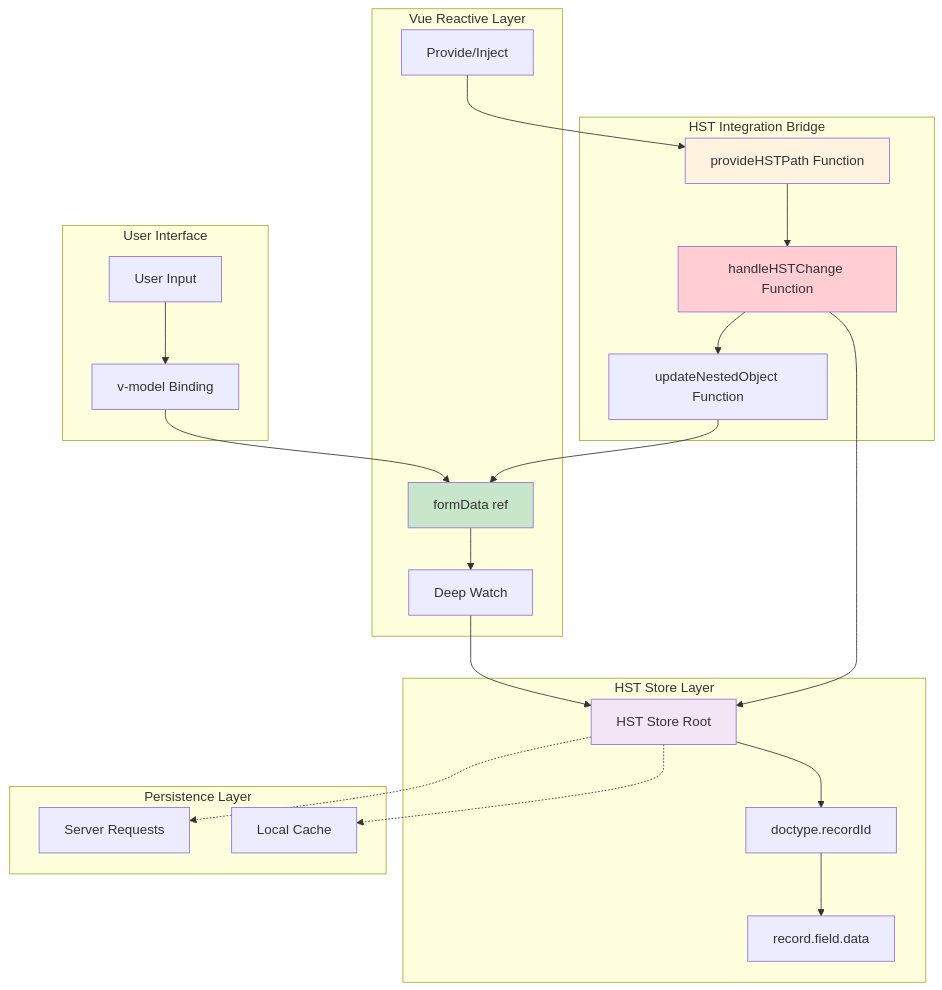
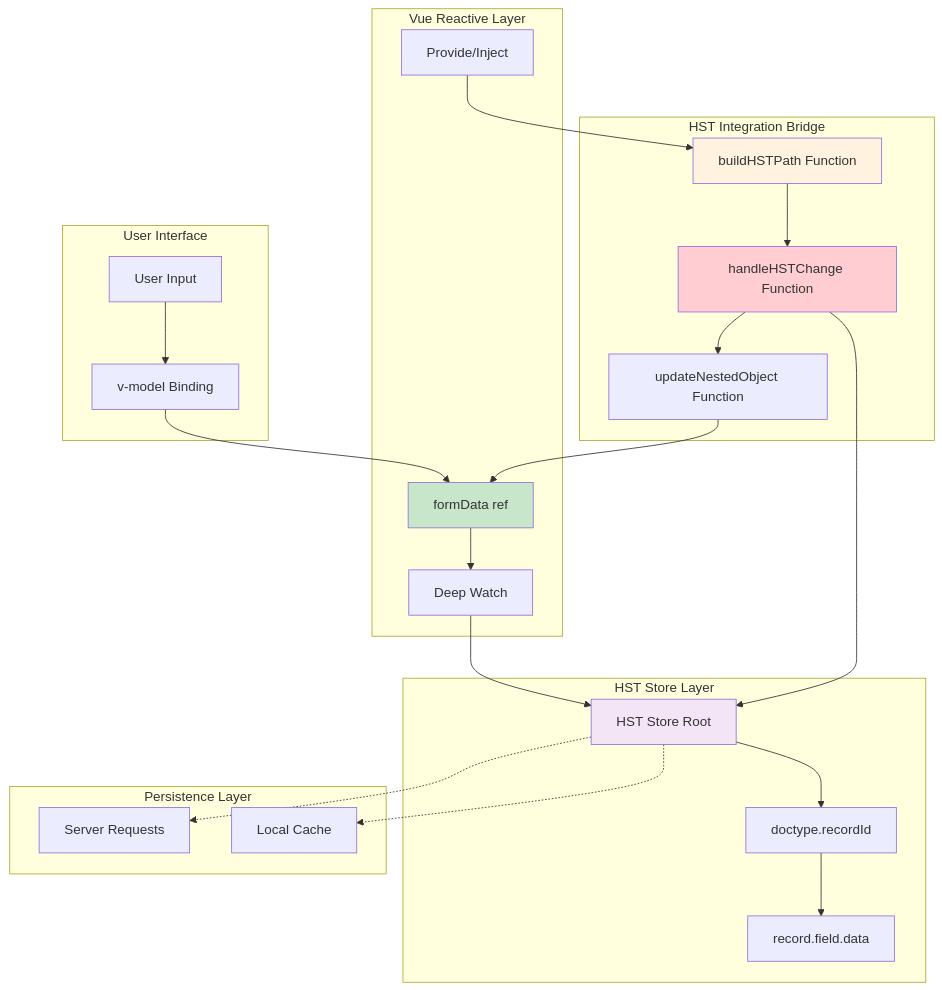
The sixth of 6 diagrams in stonecrop/docs/hst/architecture.md (agritheory/stonecrop), drawn with Mermaid before and after one commit. The commit also changed other lines of this file and 21 other files, not shown here.

````diff
--- a/stonecrop/docs/hst/architecture.md
+++ b/stonecrop/docs/hst/architecture.md
@@ -238,53 +238,53 @@
 ```mermaid
 graph TB
     subgraph "User Interface"
         UI[User Input]
         VB[v-model Binding]
     end
 
     subgraph "Vue Reactive Layer"
         FD[formData ref]
         WA[Deep Watch]
         PR[Provide/Inject]
     end
 
     subgraph "HST Integration Bridge"
-        PHF[provideHSTPath Function]
+        BPF[buildHSTPath Function]
         HCF[handleHSTChange Function]
         UNF[updateNestedObject Function]
     end
 
     subgraph "HST Store Layer"
         HST[HST Store Root]
         DT_REC[doctype.recordId]
         REC_DATA[record.field.data]
     end
 
     subgraph "Persistence Layer"
         SR[Server Requests]
         LC[Local Cache]
     end
 
     UI --> VB
     VB --> FD
     FD --> WA
 
     WA --> HST
-    PR --> PHF
-    PHF --> HCF
+    PR --> BPF
+    BPF --> HCF
     HCF --> UNF
 
     UNF --> FD
     HCF --> HST
 
     HST --> DT_REC
     DT_REC --> REC_DATA
 
     HST -.-> SR
     HST -.-> LC
 
     style FD fill:#c8e6c9
     style HST fill:#f3e5f5
-    style PHF fill:#fff3e0
+    style BPF fill:#fff3e0
     style HCF fill:#ffcdd2
 ```
````
